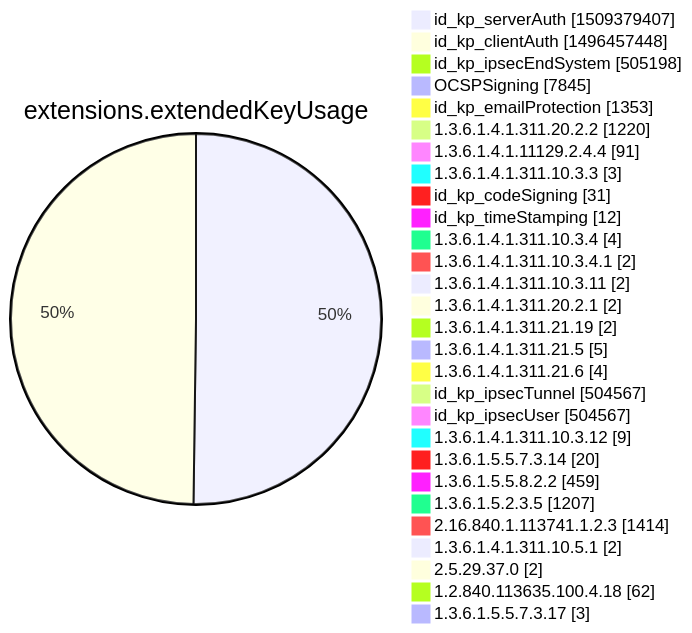
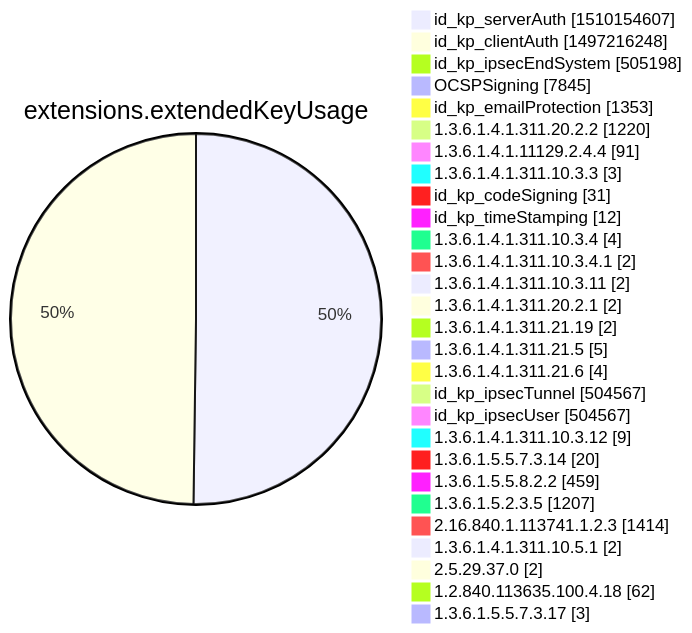
Diagram 12 of 15 in xenon2022/README.md (christiankrug/ctmonitor_visualization), drawn with Mermaid before and after one commit. The commit also changed other lines of this file, not shown here.

````diff
--- a/xenon2022/README.md
+++ b/xenon2022/README.md
@@ -3877,32 +3877,32 @@
 ```mermaid
 pie showData
 title extensions.extendedKeyUsage
-"id_kp_serverAuth" :1509379407
-"id_kp_clientAuth" :1496457448
+"id_kp_serverAuth" :1510154607
+"id_kp_clientAuth" :1497216248
 "id_kp_ipsecEndSystem" :505198
 "OCSPSigning" :7845
 "id_kp_emailProtection" :1353
 "1.3.6.1.4.1.311.20.2.2" :1220
 "1.3.6.1.4.1.11129.2.4.4" :91
 "1.3.6.1.4.1.311.10.3.3" :3
 "id_kp_codeSigning" :31
 "id_kp_timeStamping" :12
 "1.3.6.1.4.1.311.10.3.4" :4
 "1.3.6.1.4.1.311.10.3.4.1" :2
 "1.3.6.1.4.1.311.10.3.11" :2
 "1.3.6.1.4.1.311.20.2.1" :2
 "1.3.6.1.4.1.311.21.19" :2
 "1.3.6.1.4.1.311.21.5" :5
 "1.3.6.1.4.1.311.21.6" :4
 "id_kp_ipsecTunnel" :504567
 "id_kp_ipsecUser" :504567
 "1.3.6.1.4.1.311.10.3.12" :9
 "1.3.6.1.5.5.7.3.14" :20
 "1.3.6.1.5.5.8.2.2" :459
 "1.3.6.1.5.2.3.5" :1207
 "2.16.840.1.113741.1.2.3" :1414
 "1.3.6.1.4.1.311.10.5.1" :2
 "2.5.29.37.0" :2
 "1.2.840.113635.100.4.18" :62
 "1.3.6.1.5.5.7.3.17" :3
 ```
````
